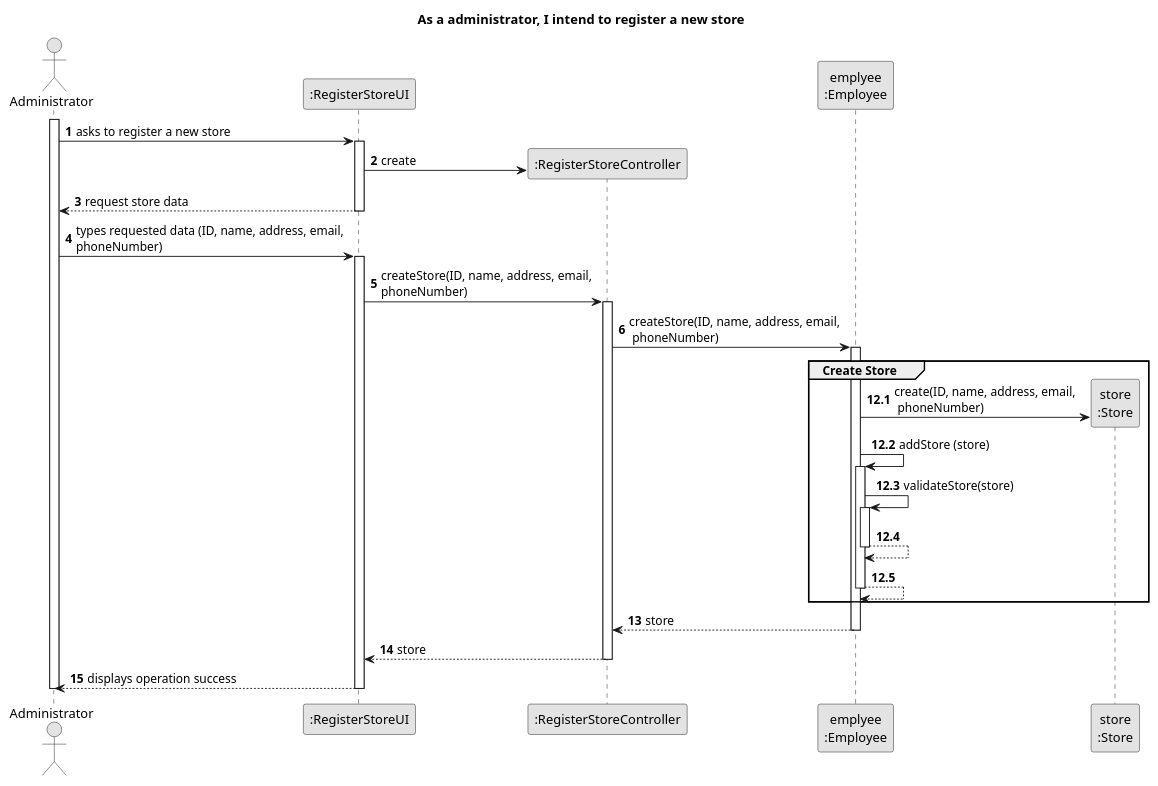
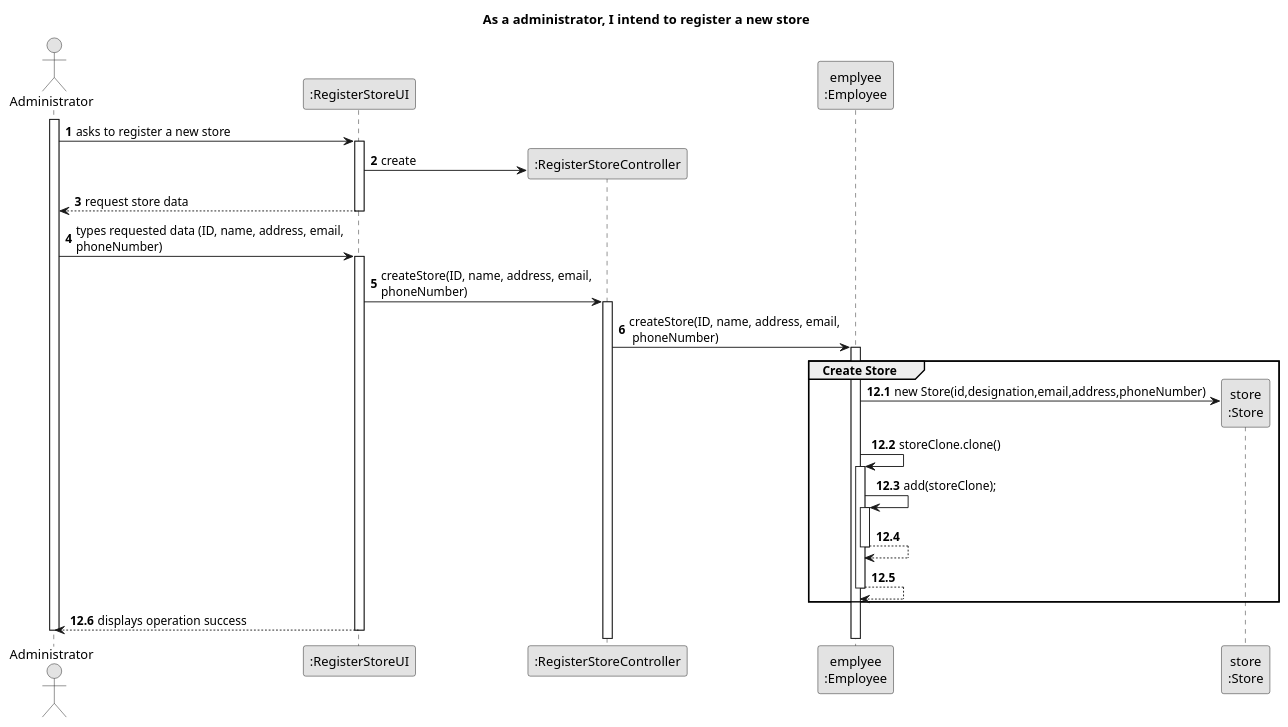
Before and after one commit to Shushizinho/RealEstateUSASystem: the diagram in docs/sprintD/us005/03.design/puml/us005-sequence-diagram-full.puml, drawn with PlantUML. The commit also changed 7 other files, not shown here.

Commit message:
update US5 UI, Rep and SD (As a system administrator, I want to register a store.)

```diff
--- a/docs/sprintD/us005/03.design/puml/us005-sequence-diagram-full.puml
+++ b/docs/sprintD/us005/03.design/puml/us005-sequence-diagram-full.puml
@@ -1,137 +1,133 @@
 @startuml
 skinparam monochrome true
 skinparam packageStyle rectangle
 skinparam shadowing false
 
 title As a administrator, I intend to register a new store
 
 autonumber
 
 'hide footbox
 actor "Administrator" as ADM
 participant ":RegisterStoreUI" as UI
 participant ":RegisterStoreController" as CTRL
 'participant ":Repositories" as RepositorySingleton
 'participant "repositories\n:Repositories" as PLAT
 'participant "employeeRepository\n:EmployeeRepository" as LOC
 participant "emplyee\n:Employee" as REP
 participant "store\n:Store" as Str
 
 
 activate ADM
 
         ADM -> UI : asks to register a new store
 
         activate UI
 
             UI -> CTRL** : create
 
 '            UI->CTRL : getStoreManagers()
 '
 '                Group Get Store Manager
 '                    activate CTRL
 '                    autonumber 3.1
 '                        CTRL -> RepositorySingleton: getInstance()
 '                        activate RepositorySingleton
 '
 '                        RepositorySingleton -> CTRL: Repositories
 '                        deactivate RepositorySingleton
 '
 '                        CTRL -> PLAT: getEmployeeRepository
 '                        activate PLAT
 '
 '                        PLAT -> CTRL: EmployeeRepository
 '                        deactivate PLAT
 '
 '                        CTRL -> LOC: getStoreManagers()
 '                        activate LOC
 '
 '                        LOC -> CTRL: storeManagerList
 '                        deactivate LOC
 '                        end group
 '                    autonumber 4
 '                    CTRL-->UI : storeManagerList
 '                    deactivate CTRL
 '
 '            UI --> ADM : provide store manager list
 '        deactivate UI
 '
 '        ADM -> UI : selectes and sends store manager from list
 '        activate UI
 
             UI --> ADM : request store data
 
         deactivate UI
 
     ADM -> UI : types requested data (ID, name, address, email,\nphoneNumber)
     activate UI
 
         UI -> CTRL : createStore(ID, name, address, email,\nphoneNumber)
         activate CTRL
 
 
 
 '        CTRL -> CTRL: getStoreManagerByRole(storeManagerRole)
 '        activate CTRL
 '        autonumber 10.1
 '            Group Get Store Manager
 '
 '
 '            CTRL -> RepositorySingleton: getInstance()
 '            activate RepositorySingleton
 '
 '            RepositorySingleton -> CTRL: Repositories
 '            deactivate RepositorySingleton
 '
 '            CTRL -> PLAT: getEmployeeRepository
 '            activate PLAT
 '
 '            PLAT -> CTRL: EmployeeRepository
 '            deactivate PLAT
 '
 '            CTRL -> LOC: getStoreManagerByRole(storeManagerRole)
 '            activate LOC
 '
 '            LOC -> CTRL: storeManager
 '            deactivate LOC
 '
 '
 '            end group
 '            autonumber 11
 '            CTRL -> CTRL: storeManager
 '        deactivate CTRL
 
 
             CTRL -> REP: createStore(ID, name, address, email,\n phoneNumber)
 
             activate REP
             autonumber 12.1
             group Create Store
+               autonumber 12.1
 
-                REP -> Str** : create(ID, name, address, email,\n phoneNumber)
+                  REP -> Str** : new Store(id,designation,email,address,phoneNumber)
 
-                REP -> REP: addStore (store)
+                   REP -> REP: storeClone.clone()
 
 
-                activate REP
-                    REP -> REP: validateStore(store)
-                    activate REP
-                        REP --> REP
-                    deactivate REP
+                  activate REP
+                      REP -> REP: add(storeClone);
+                      activate REP
+                          REP --> REP
+                      deactivate REP
 
-                    REP --> REP
-                deactivate REP
-            end group
-            autonumber 13
-            REP --> CTRL : store
+                      REP --> REP
+                  deactivate REP
 
-            deactivate REP
+                  end
 
-            CTRL --> UI: store
-            deactivate CTRL
             UI --> ADM: displays operation success
     deactivate UI
 
 deactivate ADM
 
 @enduml
```
